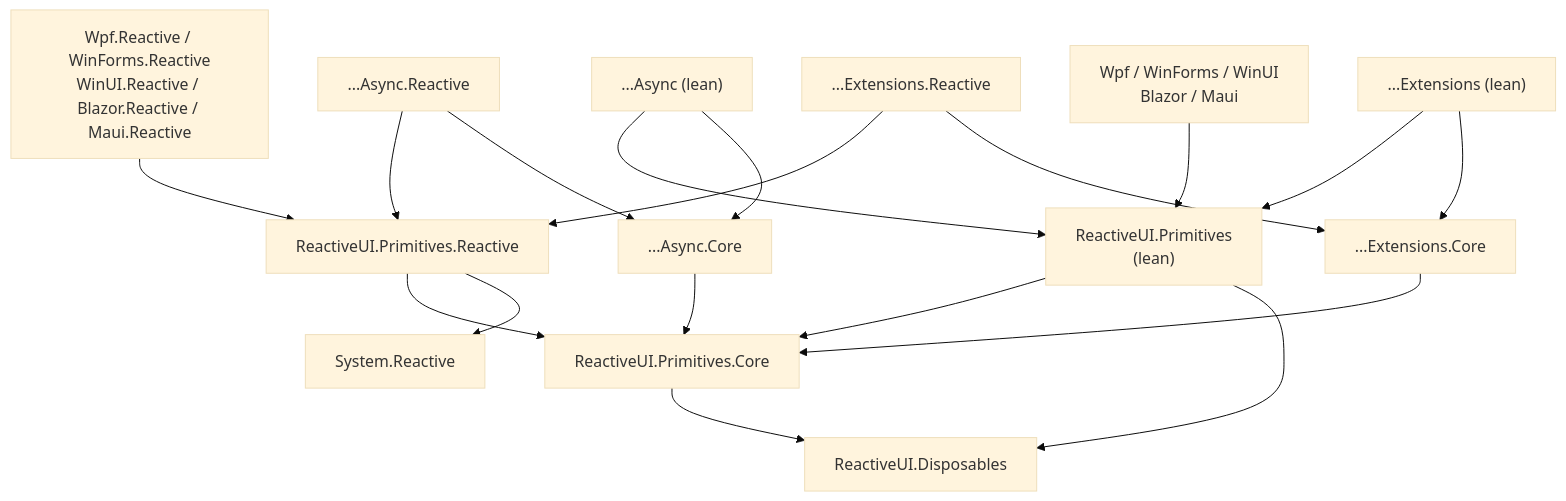
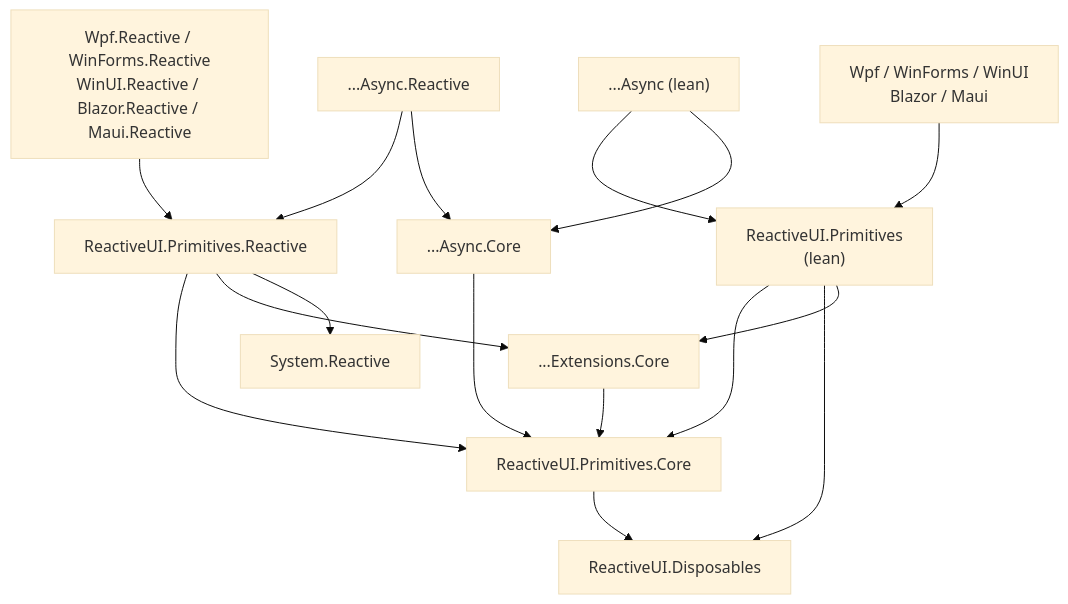
One commit to reactiveui/Primitives changed the diagram in README.md. Above: the diagram before and after it, drawn with Mermaid (base theme). The commit also changed other lines of this file and 778 other files, not shown here.

````diff
--- a/README.md
+++ b/README.md
@@ -191,34 +224,30 @@
 ```mermaid
 graph TD
     SR["System.Reactive"]
     Disp["ReactiveUI.Disposables"]
     Core["ReactiveUI.Primitives.Core"]
     Prim["ReactiveUI.Primitives<br/>(lean)"]
     Rx["ReactiveUI.Primitives.Reactive"]
     AsyncCore["...Async.Core"]
     Async["...Async (lean)"]
     AsyncRx["...Async.Reactive"]
     ExtCore["...Extensions.Core"]
-    Ext["...Extensions (lean)"]
-    ExtRx["...Extensions.Reactive"]
     Plat["Wpf / WinForms / WinUI<br/>Blazor / Maui"]
     PlatRx["Wpf.Reactive / WinForms.Reactive<br/>WinUI.Reactive / Blazor.Reactive / Maui.Reactive"]
 
     Core --> Disp
     Prim --> Core
     Prim --> Disp
+    Prim --> ExtCore
     Rx --> Core
+    Rx --> ExtCore
     Rx --> SR
     AsyncCore --> Core
     Async --> Prim
     Async --> AsyncCore
     AsyncRx --> Rx
     AsyncRx --> AsyncCore
     ExtCore --> Core
-    Ext --> Prim
-    Ext --> ExtCore
-    ExtRx --> Rx
-    ExtRx --> ExtCore
     Plat --> Prim
     PlatRx --> Rx
 ```
````
